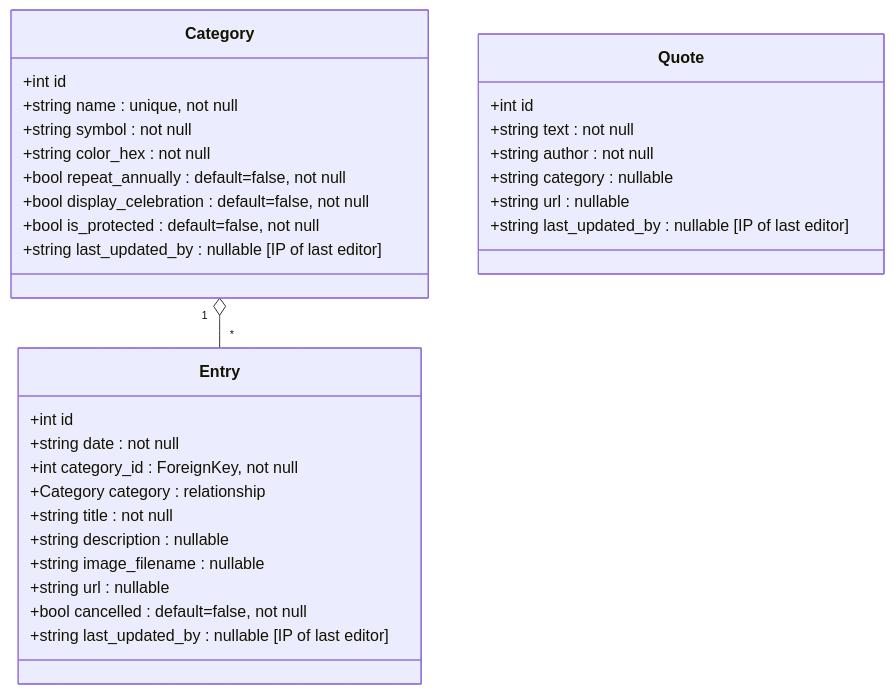
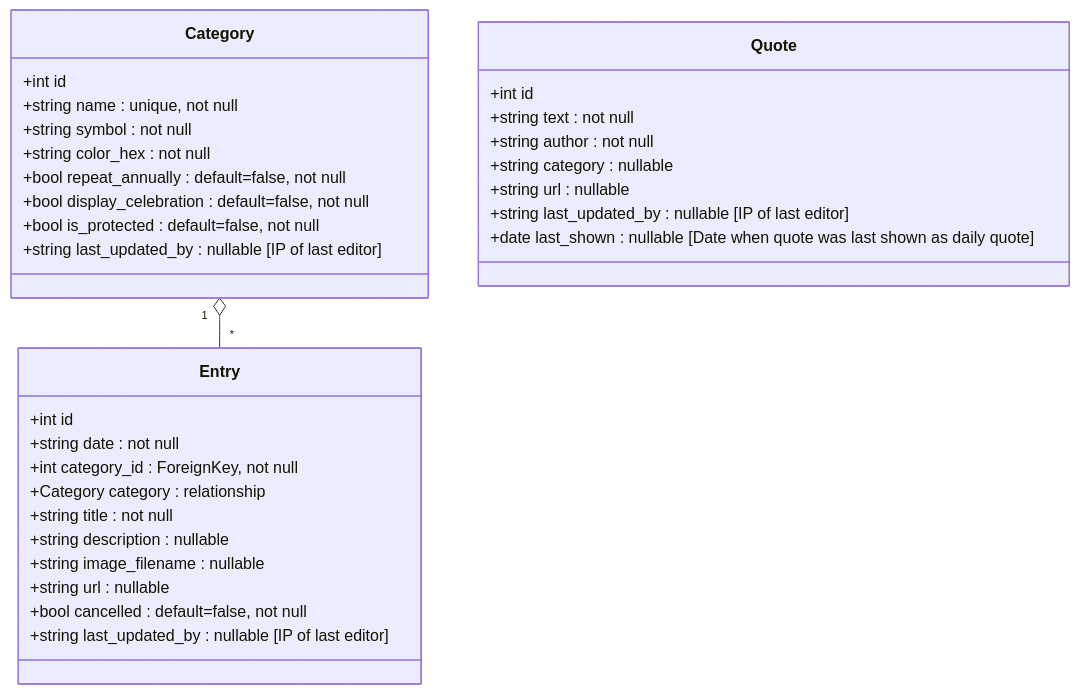
Before and after one commit to whustedt/calendarium: the diagram in README.md, drawn with Mermaid. The commit also changed other lines of this file and 2 other files, not shown here.

Commit message:
feat: enhance quote selection logic with fair rotation and validation improvements

````diff
--- a/README.md
+++ b/README.md
@@ -263,37 +248,38 @@
 ```mermaid
 classDiagram
     class Category {
         +int id
         +string name : unique, not null
         +string symbol : not null
         +string color_hex : not null
         +bool repeat_annually : default=false, not null
         +bool display_celebration : default=false, not null
         +bool is_protected : default=false, not null
         +string last_updated_by : nullable [IP of last editor]
     }
 
     class Entry {
         +int id
         +string date : not null
         +int category_id : ForeignKey, not null
         +Category category : relationship
         +string title : not null
         +string description : nullable
         +string image_filename : nullable
         +string url : nullable
         +bool cancelled : default=false, not null
         +string last_updated_by : nullable [IP of last editor]
     }
 
     class Quote {
         +int id
         +string text : not null
         +string author : not null
         +string category : nullable
         +string url : nullable
         +string last_updated_by : nullable [IP of last editor]
+        +date last_shown : nullable [Date when quote was last shown as daily quote]
     }
 
     Category "1" o-- "*" Entry
 ```
````
